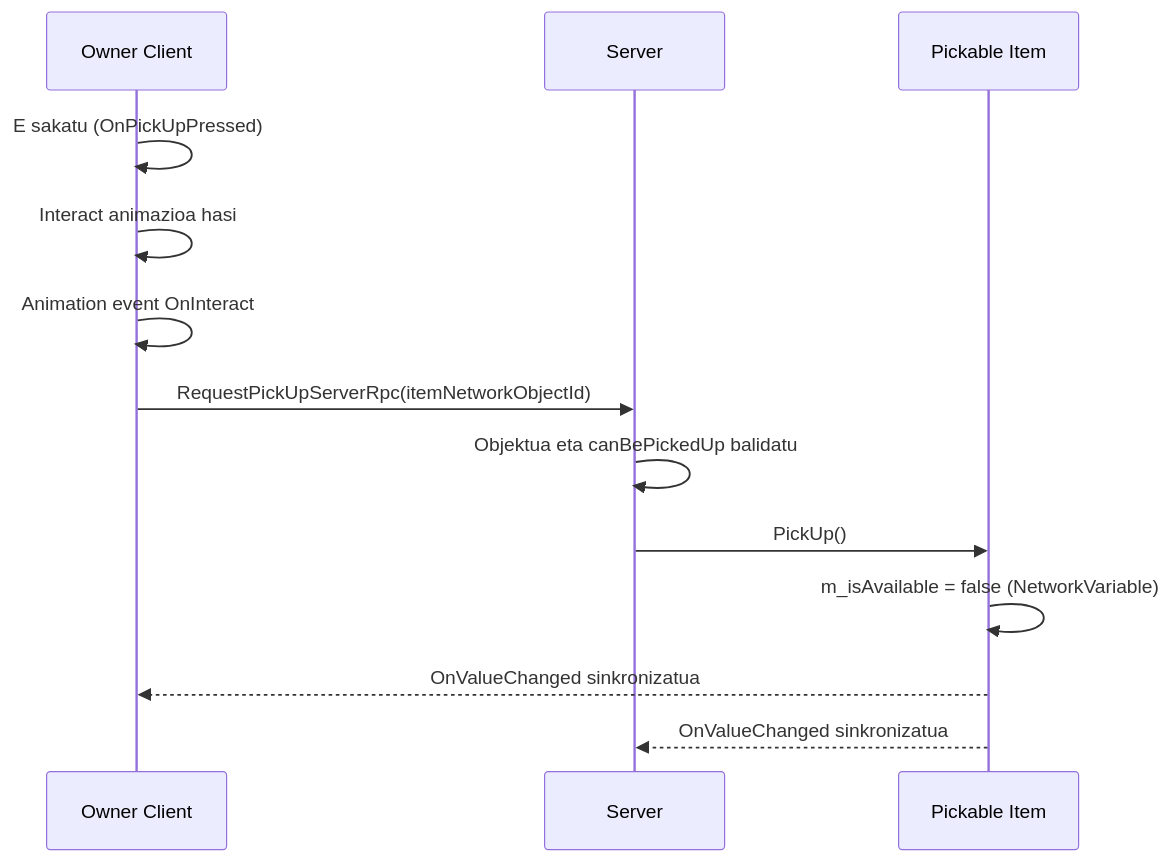
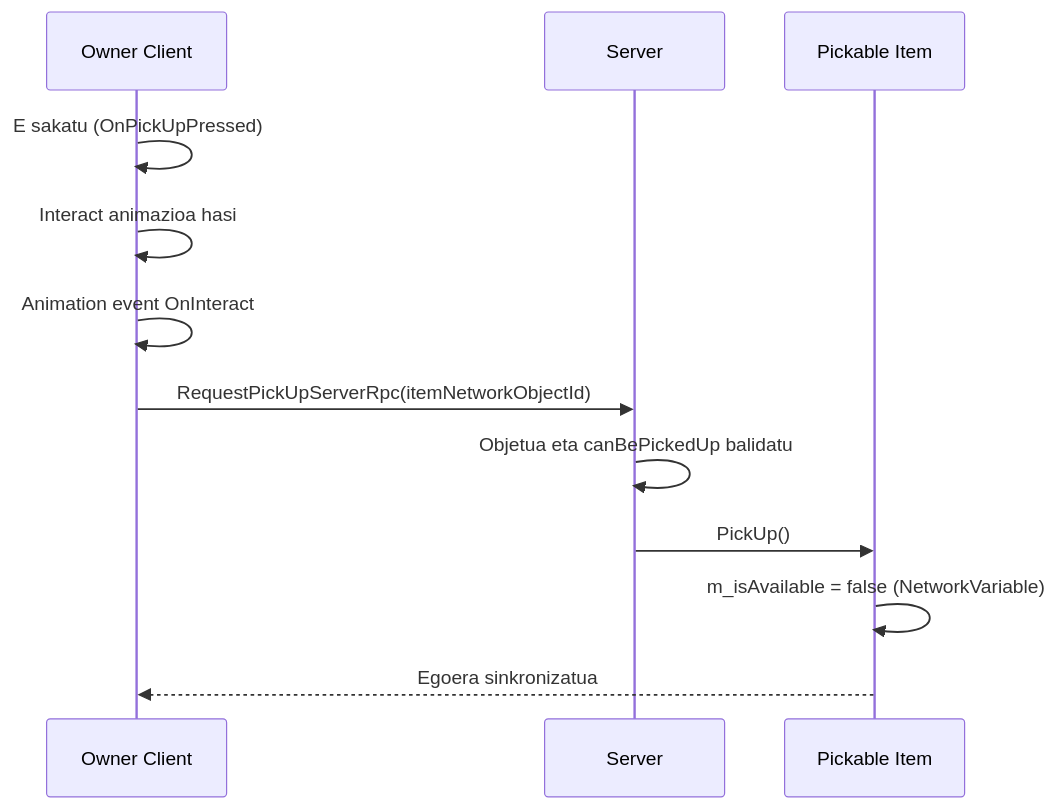
One commit to zmwebdev/Unity-Multiplayer-Tutorial-SVS changed the second of 4 diagrams in MULTIPLAYER_DEVELOPMENT_GUIDE_EU.md. Above: the diagram before and after it, drawn with Mermaid. The commit also changed other lines of this file and 1 other file, not shown here.

````diff
--- a/MULTIPLAYER_DEVELOPMENT_GUIDE_EU.md
+++ b/MULTIPLAYER_DEVELOPMENT_GUIDE_EU.md
@@ -129,16 +184,15 @@
 ```mermaid
 sequenceDiagram
     participant Owner as Owner Client
     participant Server as Server
     participant Item as Pickable Item
 
     Owner->>Owner: E sakatu (OnPickUpPressed)
     Owner->>Owner: Interact animazioa hasi
     Owner->>Owner: Animation event OnInteract
     Owner->>Server: RequestPickUpServerRpc(itemNetworkObjectId)
-    Server->>Server: Objektua eta canBePickedUp balidatu
+    Server->>Server: Objetua eta canBePickedUp balidatu
     Server->>Item: PickUp()
     Item->>Item: m_isAvailable = false (NetworkVariable)
-    Item-->>Owner: OnValueChanged sinkronizatua
-    Item-->>Server: OnValueChanged sinkronizatua
+    Item-->>Owner: Egoera sinkronizatua
 ```
````
